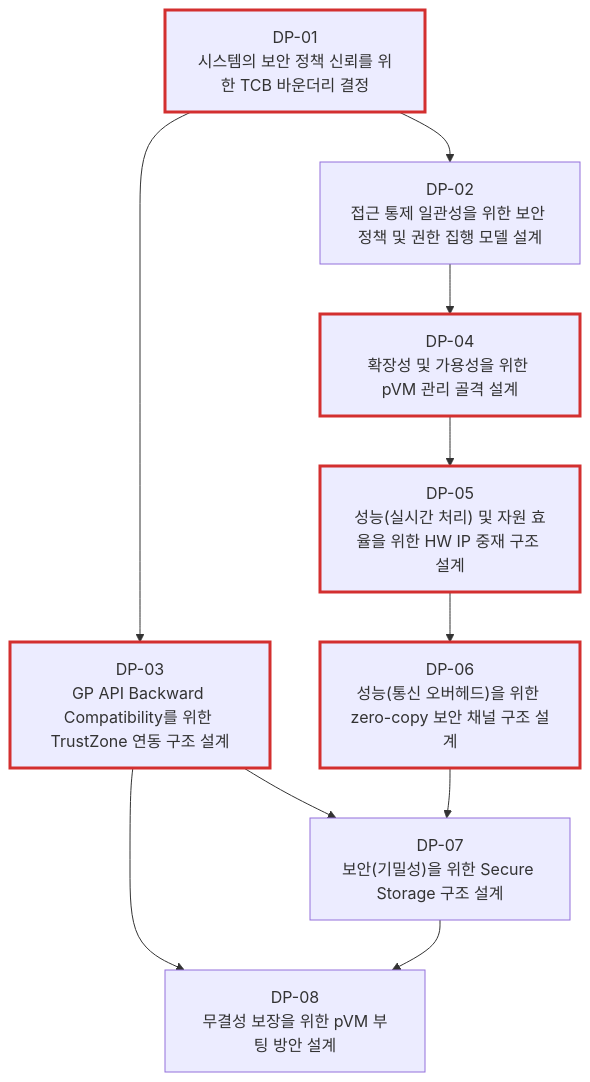
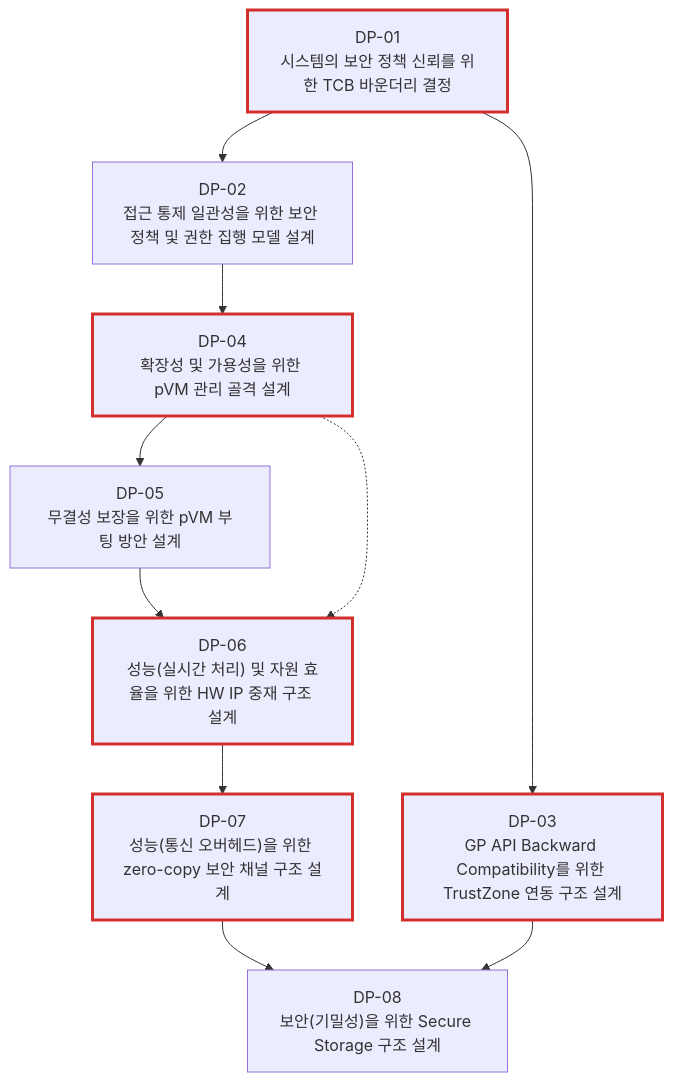
One commit to boram1288/test-p changed the diagram in docs/05_design_points.md. Above: the diagram before and after it, drawn with Mermaid. The commit also changed other lines of this file, not shown here.

````diff
--- a/docs/05_design_points.md
+++ b/docs/05_design_points.md
@@ -43,24 +43,24 @@
 ```mermaid
 flowchart TD
     DP01["DP-01<br/>시스템의 보안 정책 신뢰를 위한 TCB 바운더리 결정"]
     DP02["DP-02<br/>접근 통제 일관성을 위한 보안 정책 및 권한 집행 모델 설계"]
     DP03["DP-03<br/>GP API Backward Compatibility를 위한 TrustZone 연동 구조 설계"]
     DP04["DP-04<br/>확장성 및 가용성을 위한 pVM 관리 골격 설계"]
-    DP05["DP-05<br/>성능(실시간 처리) 및 자원 효율을 위한 HW IP 중재 구조 설계"]
-    DP06["DP-06<br/>성능(통신 오버헤드)을 위한 zero-copy 보안 채널 구조 설계"]
-    DP07["DP-07<br/>보안(기밀성)을 위한 Secure Storage 구조 설계"]
-    DP08["DP-08<br/>무결성 보장을 위한 pVM 부팅 방안 설계"]
+    DP05["DP-05<br/>무결성 보장을 위한 pVM 부팅 방안 설계"]
+    DP06["DP-06<br/>성능(실시간 처리) 및 자원 효율을 위한 HW IP 중재 구조 설계"]
+    DP07["DP-07<br/>성능(통신 오버헤드)을 위한 zero-copy 보안 채널 구조 설계"]
+    DP08["DP-08<br/>보안(기밀성)을 위한 Secure Storage 구조 설계"]
 
     classDef tLinked stroke:#d32f2f,stroke-width:3px
-    class DP01,DP03,DP04,DP05,DP06 tLinked
+    class DP01,DP03,DP04,DP06,DP07 tLinked
 
     DP01 --> DP02
     DP01 --> DP03
     DP02 --> DP04
     DP04 --> DP05
     DP05 --> DP06
-    DP03 --> DP07
     DP06 --> DP07
+    DP07 --> DP08
     DP03 --> DP08
-    DP07 --> DP08
+    DP04 -.-> DP06
 ```
````
